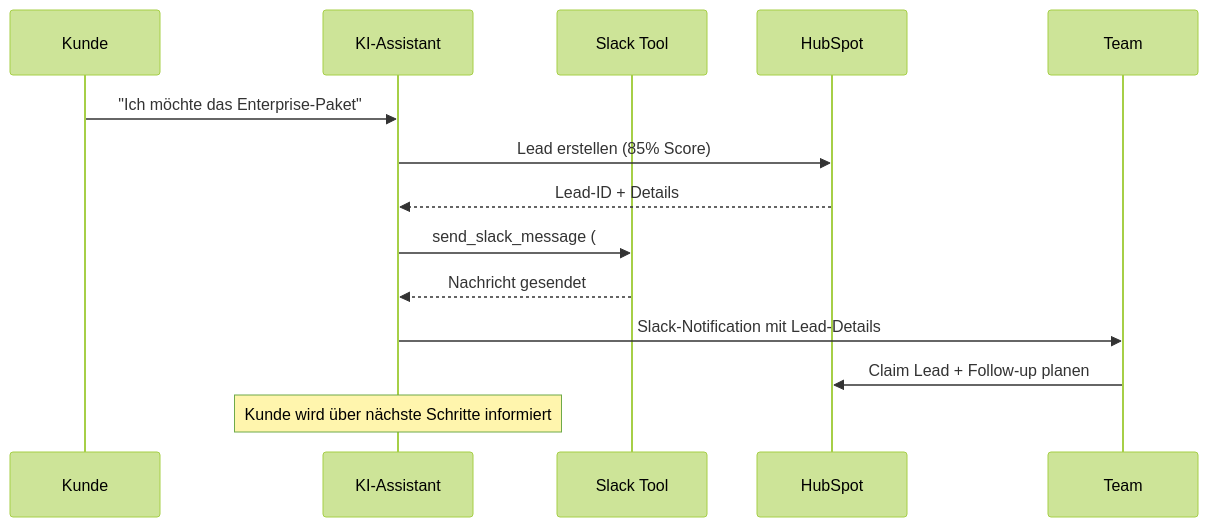
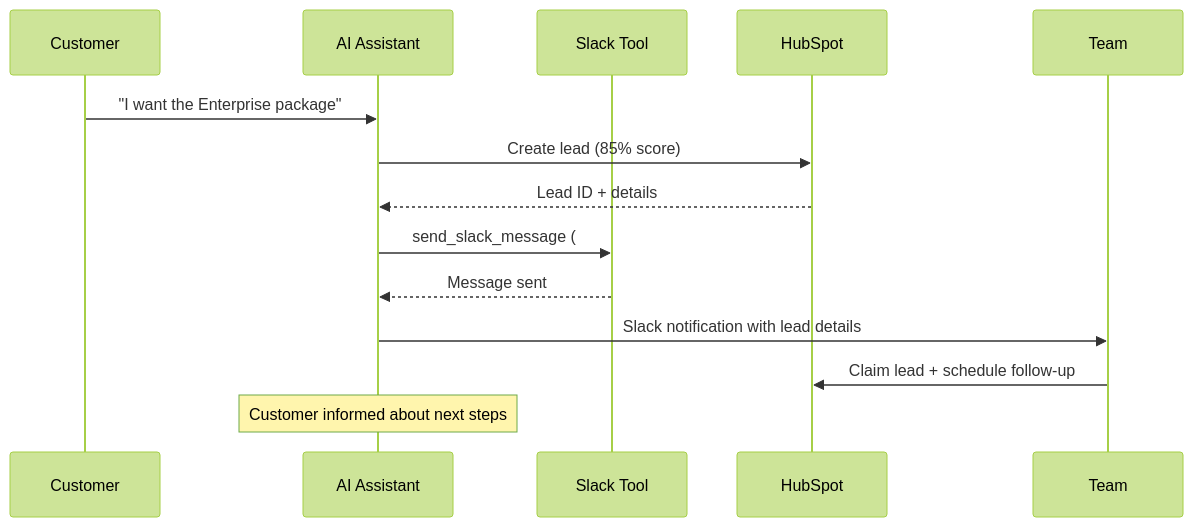
The second of 2 diagrams in en/automation-platform/mid-call-tools/integration-templates/slack-integration.mdx (bekgroup/Famulor-docs-de), drawn with Mermaid (forest theme) before and after one commit. The commit also changed other lines of this file and 20 other files, not shown here.

````diff
--- a/en/automation-platform/mid-call-tools/integration-templates/slack-integration.mdx
+++ b/en/automation-platform/mid-call-tools/integration-templates/slack-integration.mdx
@@ -502,17 +502,17 @@
 ```mermaid
 sequenceDiagram
-    participant C as Kunde
-    participant AI as KI-Assistant
+    participant C as Customer
+    participant AI as AI Assistant
     participant S as Slack Tool
     participant CRM as HubSpot
     participant T as Team
     
-    C->>AI: "Ich möchte das Enterprise-Paket"
-    AI->>CRM: Lead erstellen (85% Score)
-    CRM-->>AI: Lead-ID + Details
+    C->>AI: "I want the Enterprise package"
+    AI->>CRM: Create lead (85% score)
+    CRM-->>AI: Lead ID + details
     AI->>S: send_slack_message (#hot-leads)
-    S-->>AI: Nachricht gesendet
-    AI->>T: Slack-Notification mit Lead-Details
-    T->>CRM: Claim Lead + Follow-up planen
-    Note over AI: Kunde wird über nächste Schritte informiert
+    S-->>AI: Message sent
+    AI->>T: Slack notification with lead details
+    T->>CRM: Claim lead + schedule follow-up
+    Note over AI: Customer informed about next steps
 ```
````
